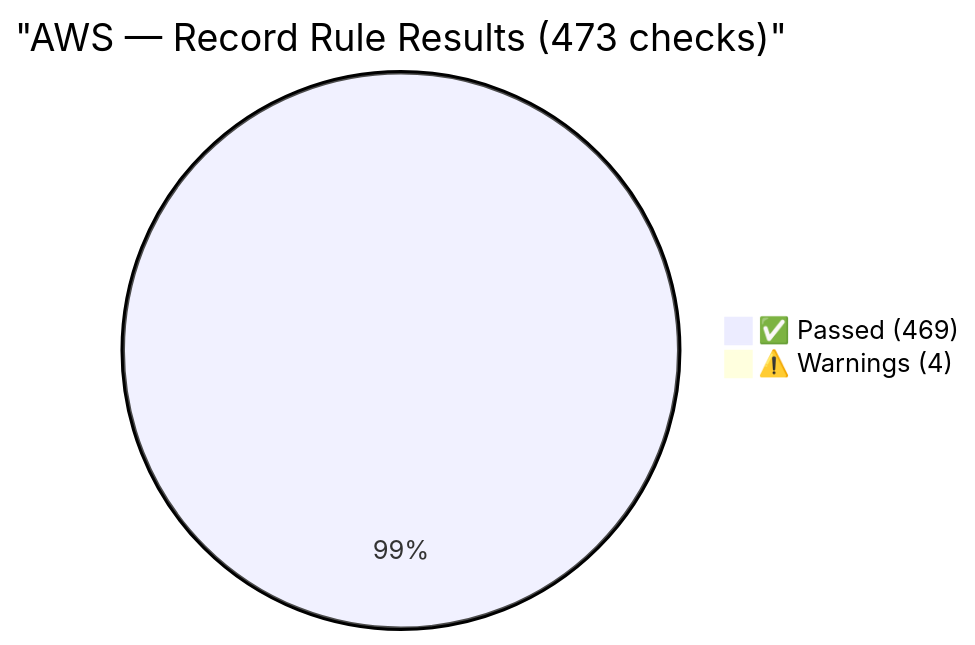
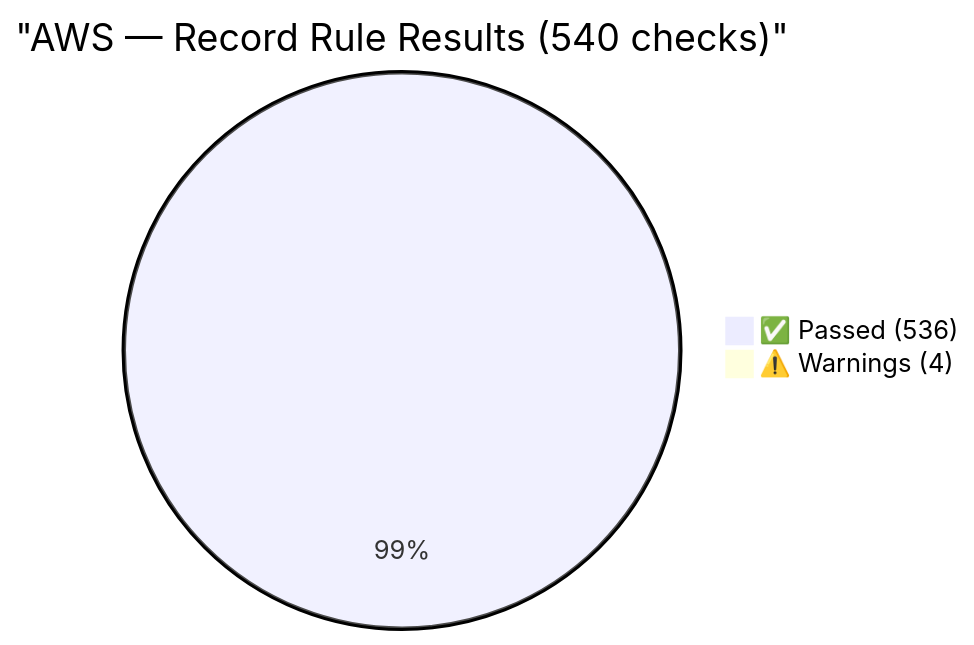
One commit to Vulnetix/ietf-crit-spec changed the fourth of 8 diagrams in tests/reports/crit-test-report.md. Above: the diagram before and after it, drawn with Mermaid. The commit also changed other lines of this file and 19 other files, not shown here.

````diff
--- a/tests/reports/crit-test-report.md
+++ b/tests/reports/crit-test-report.md
@@ -160,5 +162,5 @@
 ```mermaid
-pie title "AWS — Record Rule Results (473 checks)"
-    "✅ Passed (469)" : 469
+pie title "AWS — Record Rule Results (540 checks)"
+    "✅ Passed (536)" : 536
     "⚠️ Warnings (4)" : 4
 ```
````
